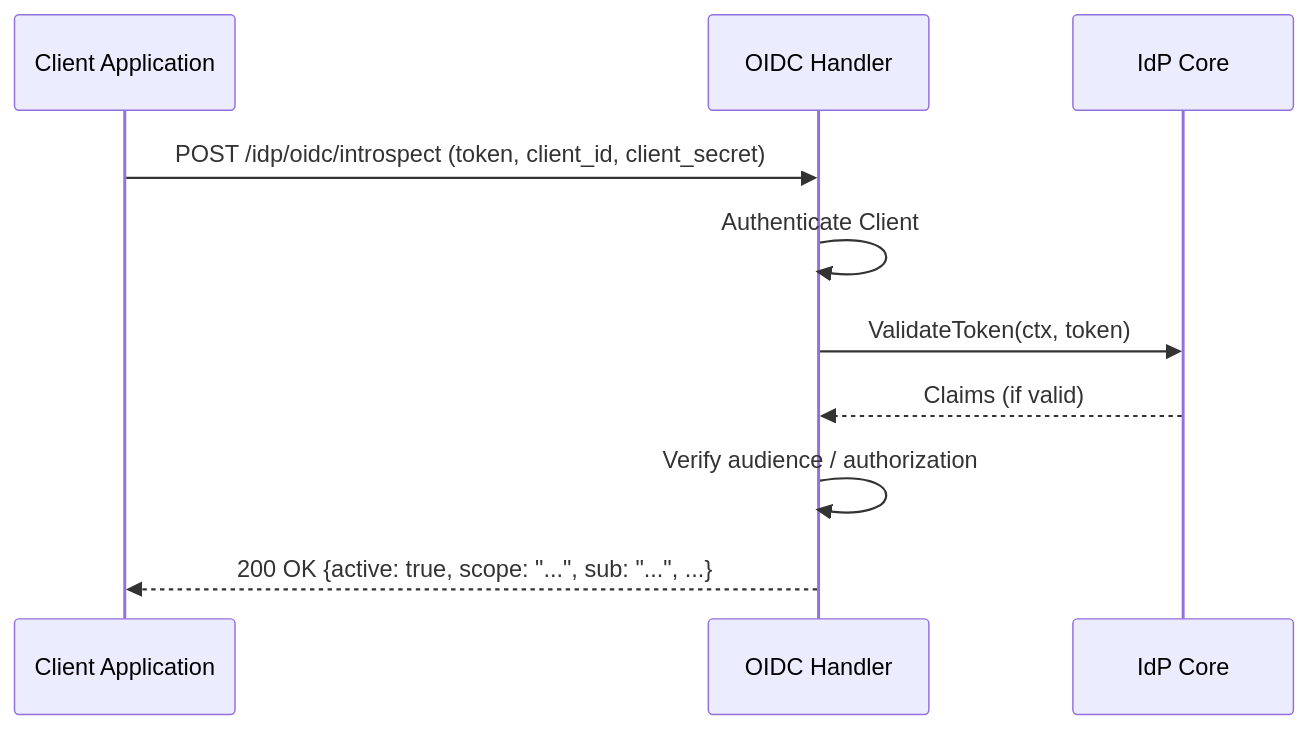
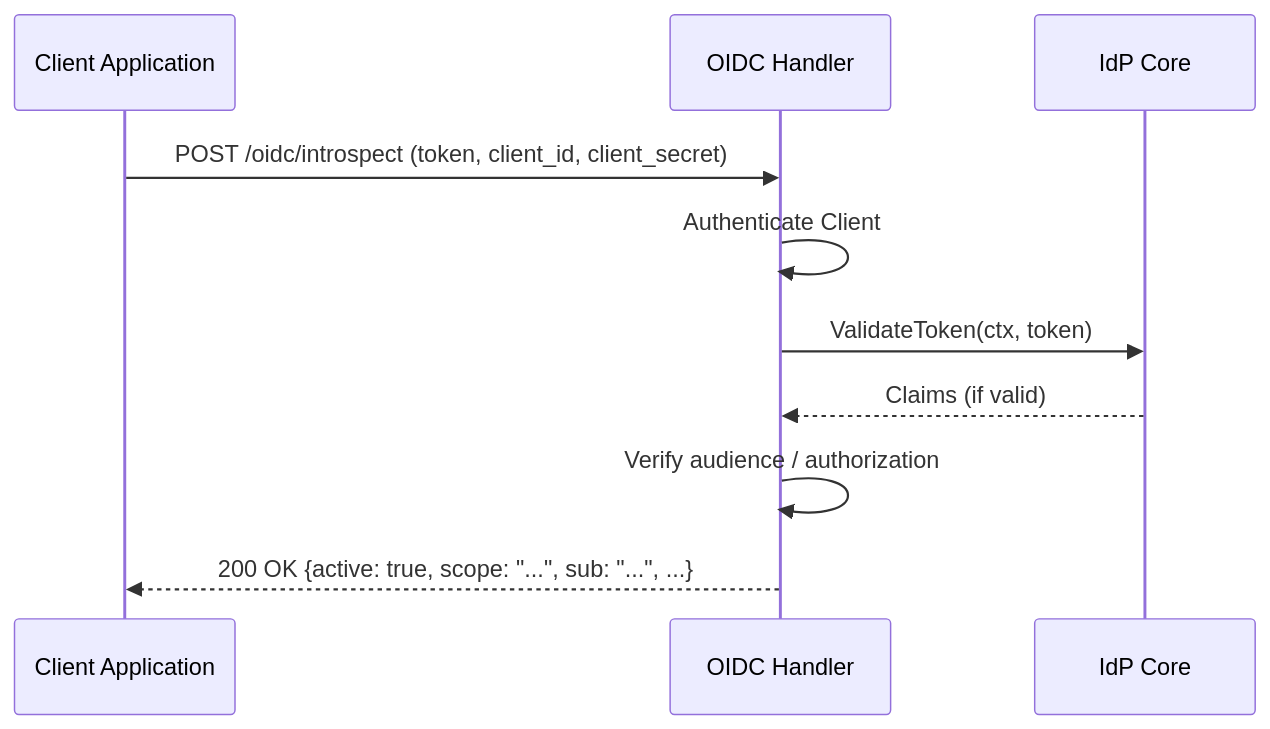
One commit to croessner/nauthilus changed the sixth of 12 diagrams in server/docs/idp.md. Above: the diagram before and after it, drawn with Mermaid. The commit also changed other lines of this file, not shown here.

Commit message:
Docs: Explain canonical IDP browser session architecture

````diff
--- a/server/docs/idp.md
+++ b/server/docs/idp.md
@@ -428,12 +478,12 @@
 ```mermaid
 sequenceDiagram
     participant B as Client Application
     participant H as OIDC Handler
     participant I as IdP Core
-    B ->> H: POST /idp/oidc/introspect (token, client_id, client_secret)
+    B ->> H: POST /oidc/introspect (token, client_id, client_secret)
     H ->> H: Authenticate Client
     H ->> I: ValidateToken(ctx, token)
     I -->> H: Claims (if valid)
     H ->> H: Verify audience / authorization
     H -->> B: 200 OK {active: true, scope: "...", sub: "...", ...}
 ```
````
